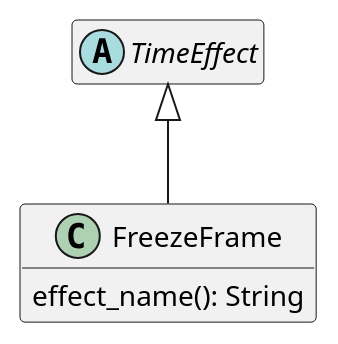
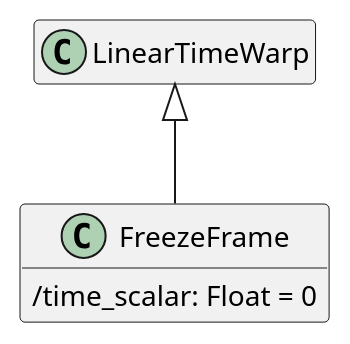
Before and after one commit to sandflow/otio-core-specification: diagram 13 of 32 in src/main/md/otio-core.md, drawn with PlantUML. The commit also changed other lines of this file and 11 other files, not shown here.

Commit message:
Updated schema per test material

````diff
--- a/src/main/md/otio-core.md
+++ b/src/main/md/otio-core.md
@@ -790,16 +786,16 @@
 ```puml
 @startuml
 hide empty members
 skinparam classAttributeIconSize 0
 skinparam linetype ortho
 
-abstract class TimeEffect
+class LinearTimeWarp
 
-TimeEffect <|-- FreezeFrame
+LinearTimeWarp <|-- FreezeFrame
 
 class FreezeFrame {
-  effect_name(): String
+  /time_scalar: Float = 0
 }
 
 @enduml
 ```
````
